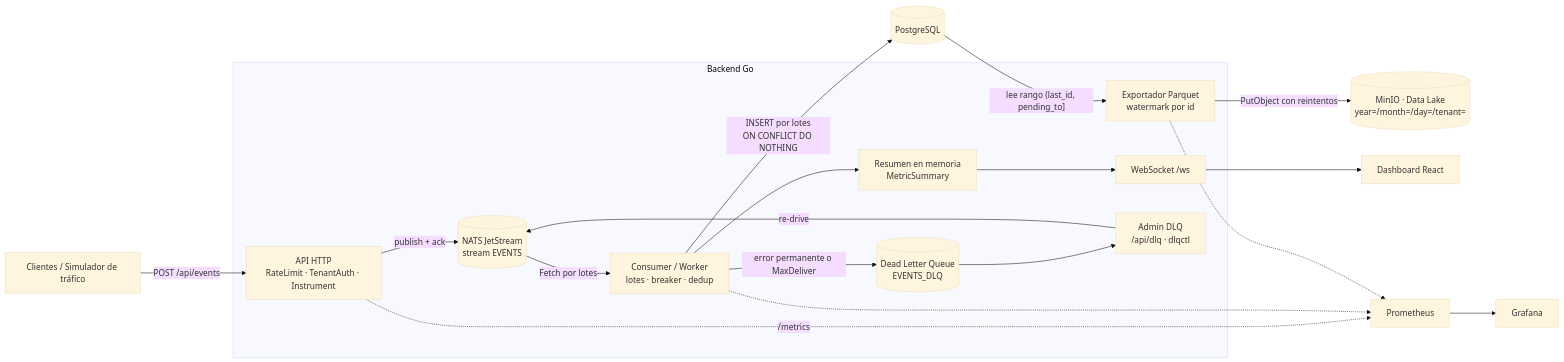
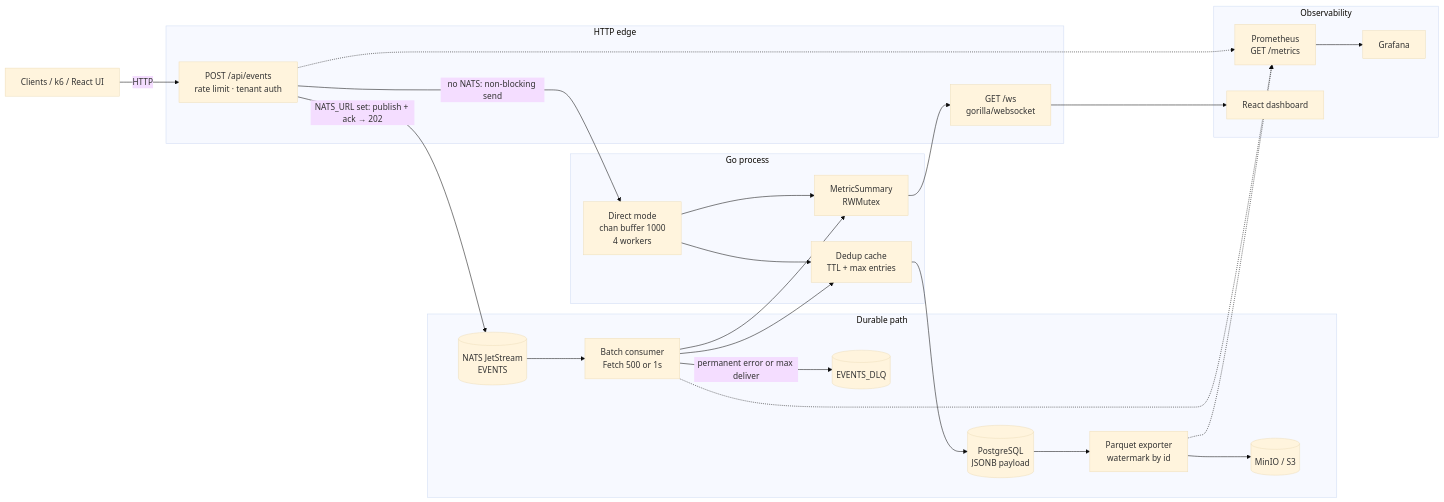
The diagram in README.md (Arierutemplar/go-analytics-microservice), drawn with Mermaid (base theme) before and after one commit. The commit also changed other lines of this file, not shown here.

Commit message:
docs: sync mermaid architecture diagram and data flow specifications

````diff
--- a/README.md
+++ b/README.md
@@ -19,32 +34,48 @@
 ```mermaid
 flowchart LR
-    CLI["Clientes / Simulador de tráfico"] -->|"POST /api/events"| API
+    Client["Clients / k6 / React UI"]
 
-    subgraph BE["Backend Go"]
-        API["API HTTP<br/>RateLimit · TenantAuth · Instrument"]
-        JS[("NATS JetStream<br/>stream EVENTS")]
-        W["Consumer / Worker<br/>lotes · breaker · dedup"]
-        DLQ[("Dead Letter Queue<br/>EVENTS_DLQ")]
-        SUM["Resumen en memoria<br/>MetricSummary"]
-        WS["WebSocket /ws"]
-        EXP["Exportador Parquet<br/>watermark por id"]
-        ADM["Admin DLQ<br/>/api/dlq · dlqctl"]
-
-        API -->|"publish + ack"| JS
-        JS -->|"Fetch por lotes"| W
-        W -->|"error permanente o MaxDeliver"| DLQ
-        W --> SUM --> WS
-        ADM -->|"re-drive"| JS
-        DLQ --> ADM
+    subgraph Edge["HTTP edge"]
+        API["POST /api/events<br/>rate limit · tenant auth"]
+        WS["GET /ws<br/>gorilla/websocket"]
     end
 
-    W -->|"INSERT por lotes<br/>ON CONFLICT DO NOTHING"| PG[("PostgreSQL")]
-    PG -->|"lee rango (last_id, pending_to]"| EXP
-    EXP -->|"PutObject con reintentos"| S3[("MinIO · Data Lake<br/>year=/month=/day=/tenant=")]
-    WS --> UI["Dashboard React"]
+    subgraph Core["Go process"]
+        Pool["Direct mode<br/>chan buffer 1000<br/>4 workers"]
+        Sum["MetricSummary<br/>RWMutex"]
+        Dedup["Dedup cache<br/>TTL + max entries"]
+    end
 
-    API -.->|"/metrics"| PROM["Prometheus"]
-    W -.-> PROM
-    EXP -.-> PROM
-    PROM --> GRAF["Grafana"]
+    subgraph Durable["Durable path"]
+        JS[("NATS JetStream<br/>EVENTS")]
+        Cons["Batch consumer<br/>Fetch 500 or 1s"]
+        DLQ[("EVENTS_DLQ")]
+        PG[("PostgreSQL<br/>JSONB payload")]
+        Lake["Parquet exporter<br/>watermark by id"]
+        S3[("MinIO / S3")]
+    end
+
+    subgraph Obs["Observability"]
+        Prom["Prometheus<br/>GET /metrics"]
+        Graf["Grafana"]
+        UI["React dashboard"]
+    end
+
+    Client -->|"HTTP"| API
+    API -->|"NATS_URL set: publish + ack → 202"| JS
+    API -->|"no NATS: non-blocking send"| Pool
+    JS --> Cons
+    Cons --> Dedup
+    Pool --> Dedup
+    Dedup --> PG
+    Cons -->|"permanent error or max deliver"| DLQ
+    Cons --> Sum
+    Pool --> Sum
+    Sum --> WS
+    PG --> Lake --> S3
+    WS --> UI
+    API -.-> Prom
+    Cons -.-> Prom
+    Lake -.-> Prom
+    Prom --> Graf
 ```
````
